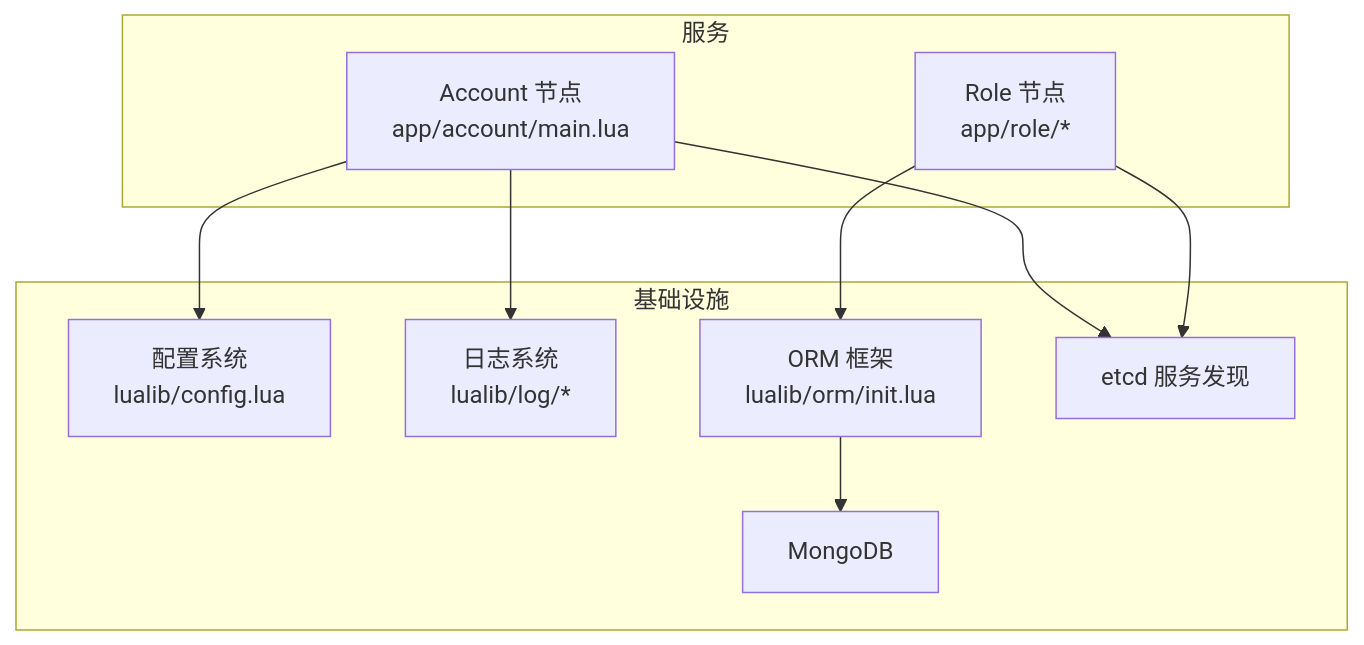
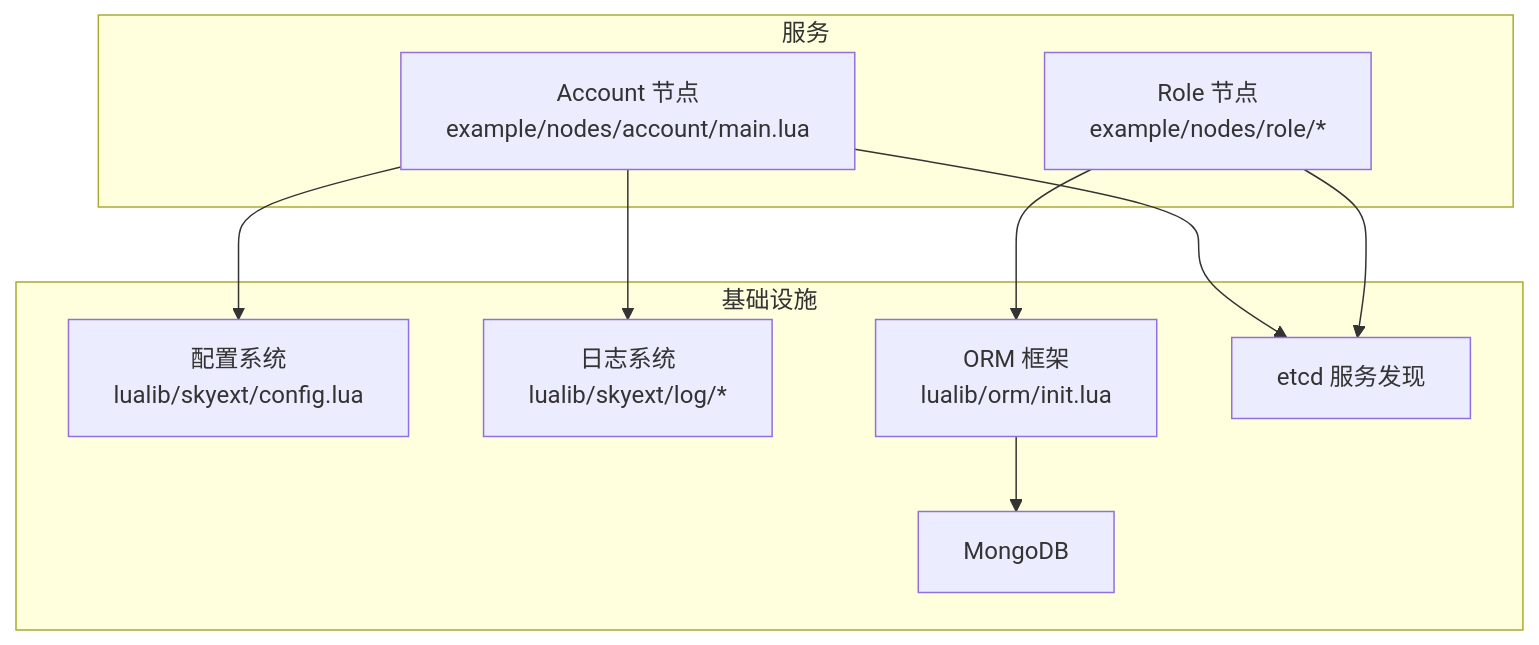
Before and after one commit to hanxi/skyext: the second of 6 diagrams in docs/repowiki/zh/content/最佳实践/代码质量.md, drawn with Mermaid. The commit also changed other lines of this file and 117 other files, not shown here.

````diff
--- a/docs/repowiki/zh/content/最佳实践/代码质量.md
+++ b/docs/repowiki/zh/content/最佳实践/代码质量.md
@@ -82,20 +82,20 @@
 ```mermaid
 graph TB
 subgraph "服务"
-ACC["Account 节点<br/>app/account/main.lua"]
-ROLE["Role 节点<br/>app/role/*"]
+ACC["Account 节点<br/>example/nodes/account/main.lua"]
+ROLE["Role 节点<br/>example/nodes/role/*"]
 end
 subgraph "基础设施"
-CFG["配置系统<br/>lualib/config.lua"]
-LOG["日志系统<br/>lualib/log/*"]
+CFG["配置系统<br/>lualib/skyext/config.lua"]
+LOG["日志系统<br/>lualib/skyext/log/*"]
 ORM["ORM 框架<br/>lualib/orm/init.lua"]
 DB["MongoDB"]
 ETCD["etcd 服务发现"]
 end
 ACC --> CFG
 ACC --> LOG
 ACC --> ETCD
 ROLE --> ORM
 ORM --> DB
 ROLE --> ETCD
 ```
````
